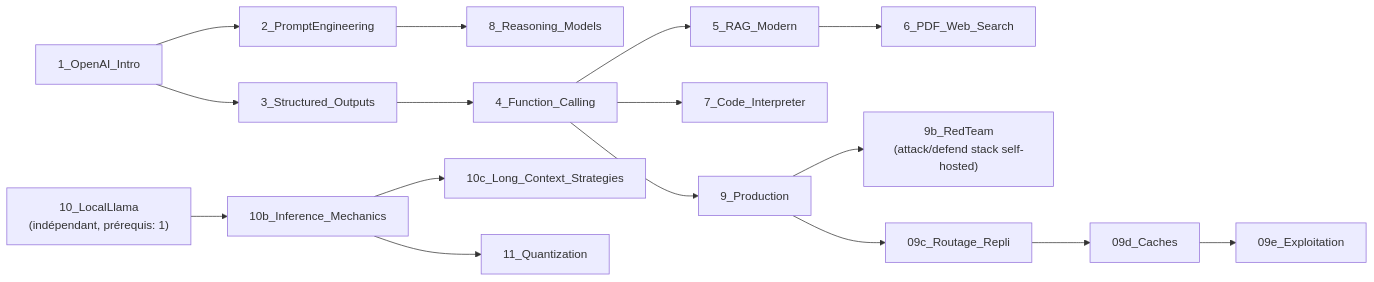
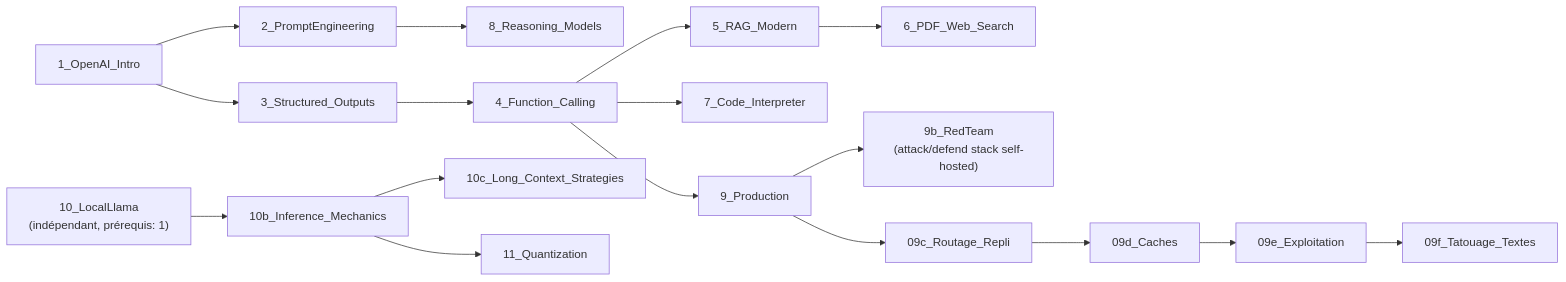
Before and after one commit to jsboige/CoursIA: the first of 2 diagrams in MyIA.AI.Notebooks/GenAI/Texte/README.md, drawn with Mermaid. The commit also changed other lines of this file and 2 other files, not shown here.

First line of the commit message:
Add(notebooks,#28221): 9f Tatouage des textes generes — watermark vert/rouge Kirchenbauer

````diff
--- a/MyIA.AI.Notebooks/GenAI/Texte/README.md
+++ b/MyIA.AI.Notebooks/GenAI/Texte/README.md
@@ -260,18 +261,19 @@
 ```mermaid
 flowchart LR
     N1["1_OpenAI_Intro"] --> N2["2_PromptEngineering"]
     N1 --> N3["3_Structured_Outputs"]
     N2 --> N8["8_Reasoning_Models"]
     N3 --> N4["4_Function_Calling"]
     N4 --> N5["5_RAG_Modern"]
     N4 --> N7["7_Code_Interpreter"]
     N4 --> N9["9_Production"]
     N5 --> N6["6_PDF_Web_Search"]
     N9 --> N9b["9b_RedTeam<br/>(attack/defend stack self-hosted)"]
     N9 --> N9c["09c_Routage_Repli"]
     N9c --> N9d["09d_Caches"]
     N9d --> N9e["09e_Exploitation"]
+    N9e --> N9f["09f_Tatouage_Textes"]
     N10["10_LocalLlama<br/>(indépendant, prérequis: 1)"] --> N10b["10b_Inference_Mechanics"]
     N10b --> N10c["10c_Long_Context_Strategies"]
     N10b --> N11["11_Quantization"]
 ```
````
